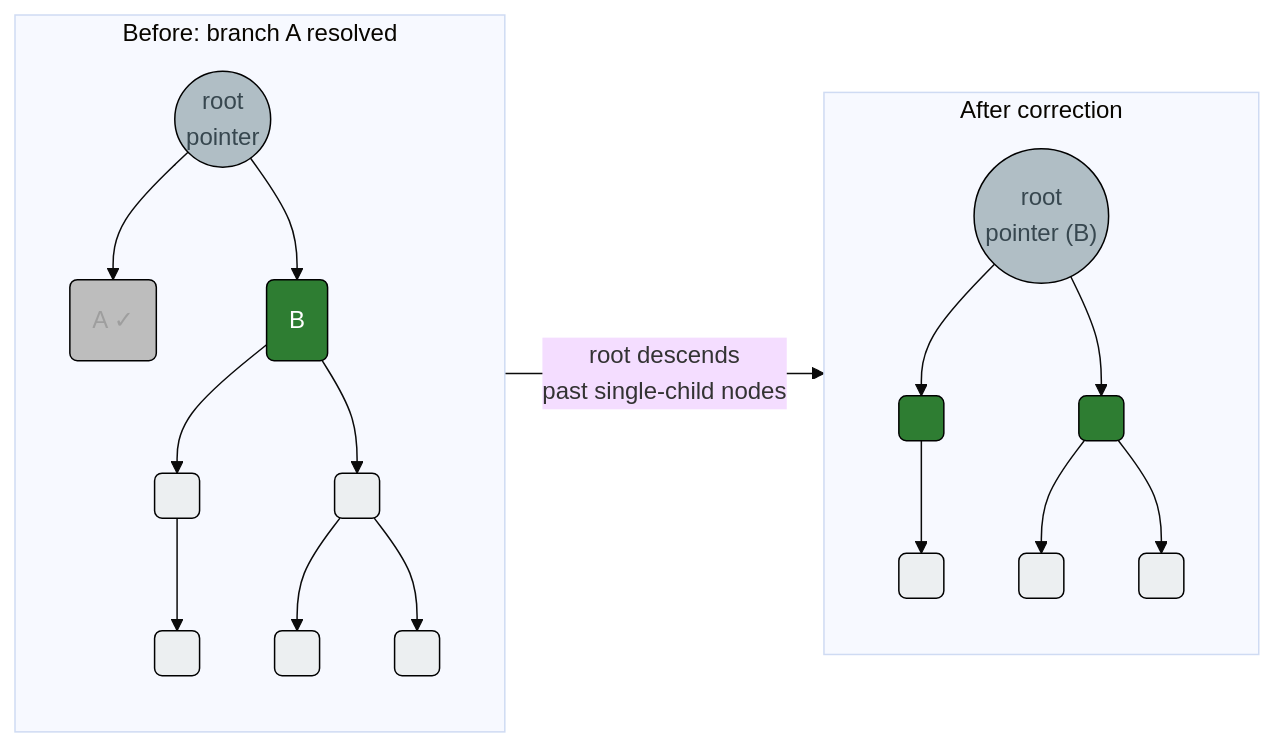
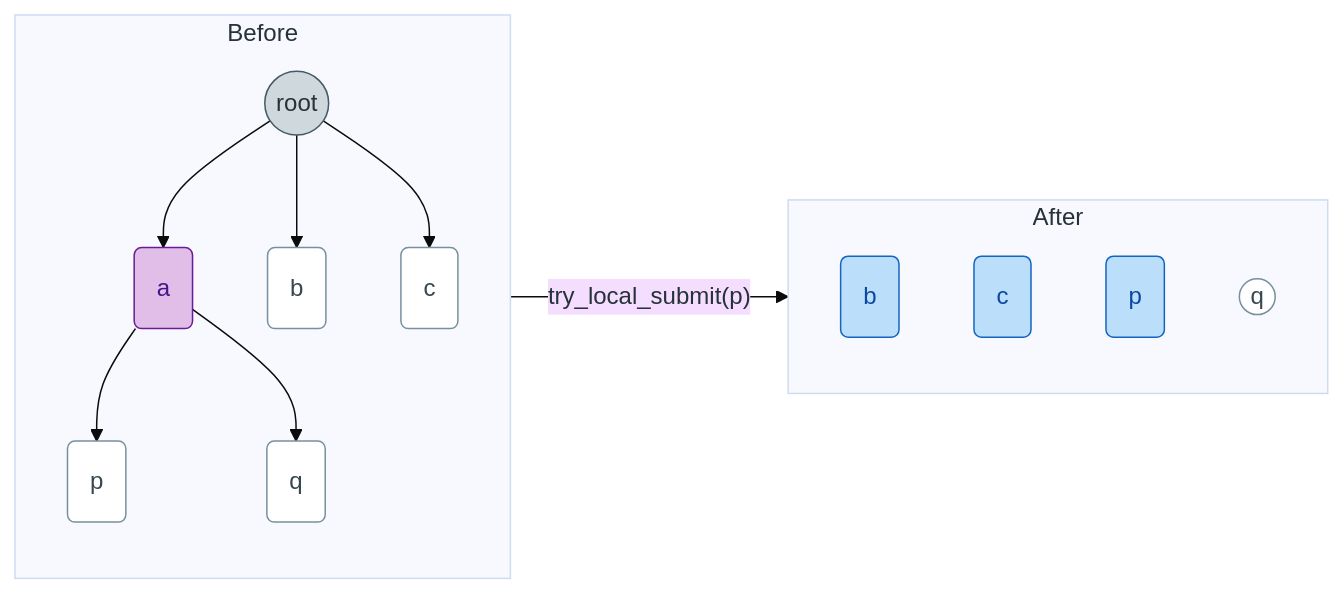
Before and after one commit to rapastranac/gempba-docs: the fourth of 7 diagrams in docs/reference/implementations/load-balancers/quasi-horizontal.md, drawn with Mermaid. The commit also changed other lines of this file, not shown here.

````diff
--- a/docs/reference/implementations/load-balancers/quasi-horizontal.md
+++ b/docs/reference/implementations/load-balancers/quasi-horizontal.md
@@ -62,35 +162,25 @@
 ```mermaid
 %%{init: {'theme': 'base'}}%%
 flowchart LR
-    subgraph s1["Before: branch A resolved"]
+    subgraph s1["Before"]
         direction TB
-        R1(("root\npointer")):::oldroot
-        R1 --> Ax("A ✓"):::done
-        R1 --> By("B"):::active1
-        By --> By1(" "):::sub1
-        By --> By2(" "):::sub1
-        By1 --> By3(" "):::sub1
-        By2 --> By4(" "):::sub1
-        By2 --> By5(" "):::sub1
+        R1(("root")):::root --> A1("a"):::running
+        R1 --> B1("b"):::waiting
+        R1 --> C1("c"):::waiting
+        A1 --> P1("p"):::waiting
+        A1 --> Q1("q"):::waiting
     end
+    subgraph s2["After"]
+        direction TB
+        B2("b"):::pushed
+        C2("c"):::pushed
+        P2("p"):::pushed
+        Q2(("q")):::waiting
+    end
+    s1 -- "try_local_submit(p)" --> s2
 
-    subgraph s2["After correction"]
-        direction TB
-        R2(("root\npointer (B)")):::newroot
-        R2 --> Ba(" "):::active
-        R2 --> Bb(" "):::active
-        Ba --> Ba1(" "):::sub2
-        Bb --> Bb1(" "):::sub2
-        Bb --> Bb2(" "):::sub2
-    end
-
-    s1 -- "root descends\npast single-child nodes" --> s2
-
-    classDef oldroot fill:#b0bec5,color:#37474f,stroke:#000000
-    classDef newroot fill:#b0bec5,color:#37474f,stroke:#000000
-    classDef done    fill:#bdbdbd,color:#9e9e9e,stroke:#000000
-    classDef active1 fill:#2e7d32,color:#fff,stroke:#000000
-    classDef active  fill:#2e7d32,color:#fff,stroke:#000000
-    classDef sub1    fill:#eceff1,color:#546e7a,stroke:#000000
-    classDef sub2    fill:#eceff1,color:#546e7a,stroke:#000000
+    classDef root    fill:#cfd8dc,color:#263238,stroke:#455a64
+    classDef waiting fill:#ffffff,color:#37474f,stroke:#78909c
+    classDef running fill:#e1bee7,color:#4a148c,stroke:#6a1b9a
+    classDef pushed  fill:#bbdefb,color:#0d47a1,stroke:#1565c0
 ```
````
